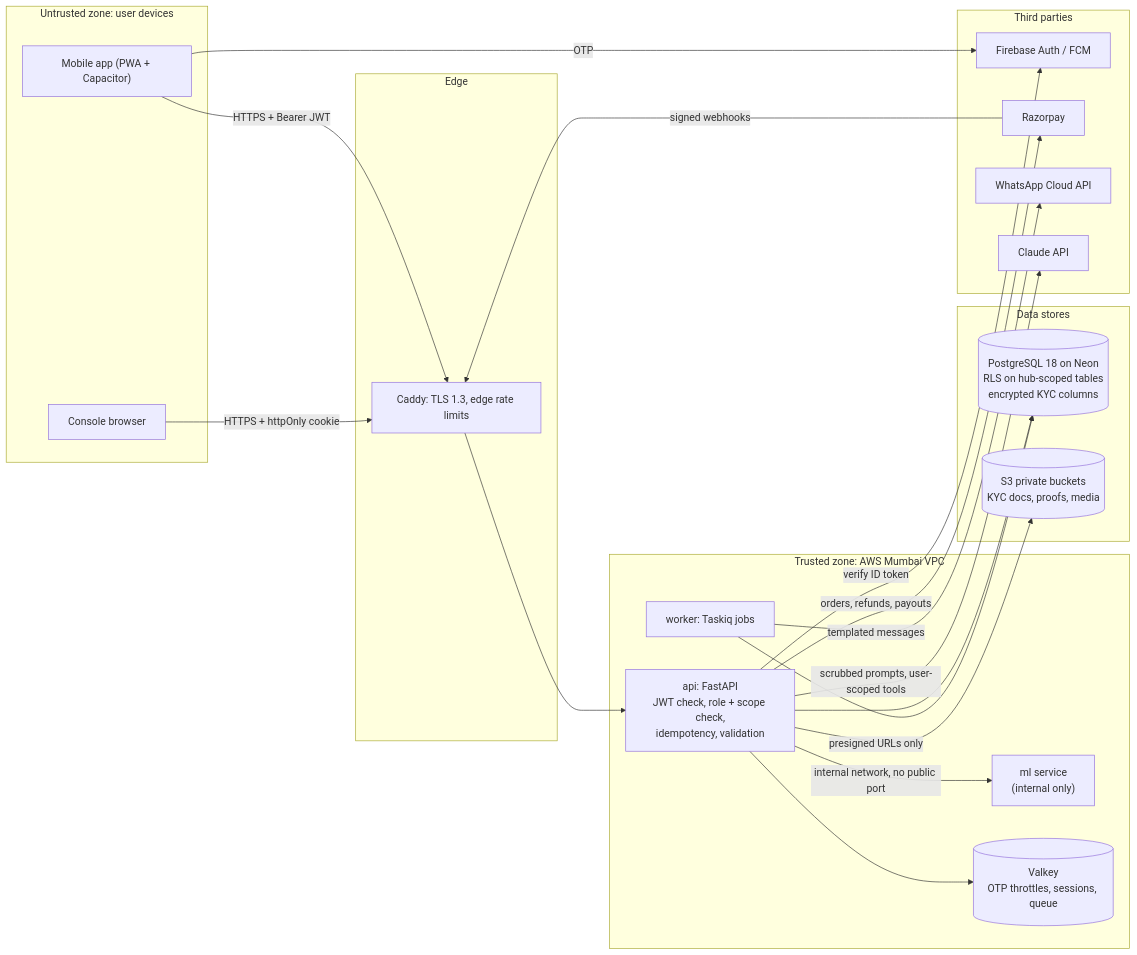
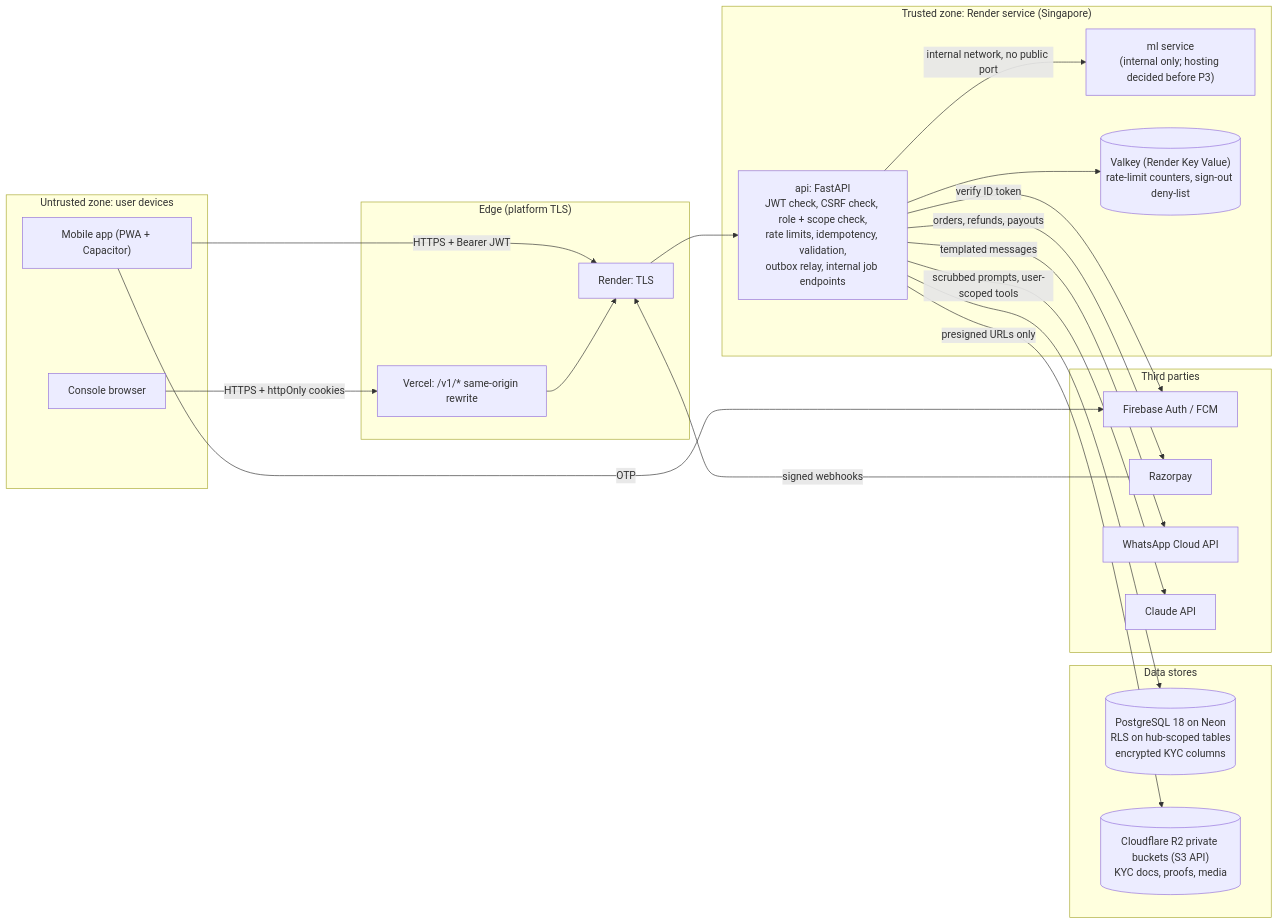
Before and after one commit to prelekar7/GharBasket: the diagram in docs/handbook/13-security-and-compliance.md, drawn with Mermaid. The commit also changed other lines of this file and 58 other files, not shown here.

````diff
--- a/docs/handbook/13-security-and-compliance.md
+++ b/docs/handbook/13-security-and-compliance.md
@@ -22,45 +22,45 @@
 ```mermaid
 flowchart LR
     subgraph Devices["Untrusted zone: user devices"]
         MOB["Mobile app (PWA + Capacitor)"]
         WEB["Console browser"]
     end
 
-    subgraph Edge["Edge"]
-        CADDY["Caddy: TLS 1.3, edge rate limits"]
+    subgraph Edge["Edge (platform TLS)"]
+        VER["Vercel: /v1/* same-origin rewrite"]
+        RTLS["Render: TLS"]
     end
 
-    subgraph Trusted["Trusted zone: AWS Mumbai VPC"]
-        API["api: FastAPI\nJWT check, role + scope check,\nidempotency, validation"]
-        WRK["worker: Taskiq jobs"]
-        ML["ml service\n(internal only)"]
-        VK[("Valkey\nOTP throttles, sessions, queue")]
+    subgraph Trusted["Trusted zone: Render service (Singapore)"]
+        API["api: FastAPI\nJWT check, CSRF check, role + scope check,\nrate limits, idempotency, validation,\noutbox relay, internal job endpoints"]
+        ML["ml service\n(internal only; hosting decided before P3)"]
+        VK[("Valkey (Render Key Value)\nrate-limit counters, sign-out deny-list")]
     end
 
     subgraph Data["Data stores"]
         PG[("PostgreSQL 18 on Neon\nRLS on hub-scoped tables\nencrypted KYC columns")]
-        S3[("S3 private buckets\nKYC docs, proofs, media")]
+        S3[("Cloudflare R2 private buckets (S3 API)\nKYC docs, proofs, media")]
     end
 
     subgraph External["Third parties"]
         FB["Firebase Auth / FCM"]
         RZP["Razorpay"]
         WA["WhatsApp Cloud API"]
         LLM["Claude API"]
     end
 
-    MOB -- "HTTPS + Bearer JWT" --> CADDY
-    WEB -- "HTTPS + httpOnly cookie" --> CADDY
-    CADDY --> API
+    MOB -- "HTTPS + Bearer JWT" --> RTLS
+    WEB -- "HTTPS + httpOnly cookies" --> VER
+    VER --> RTLS
+    RTLS --> API
     API --> PG
     API --> VK
     API -- "presigned URLs only" --> S3
     API -- "internal network, no public port" --> ML
-    WRK --> PG
     MOB -- "OTP" --> FB
     API -- "verify ID token" --> FB
-    RZP -- "signed webhooks" --> CADDY
+    RZP -- "signed webhooks" --> RTLS
     API -- "orders, refunds, payouts" --> RZP
-    WRK -- "templated messages" --> WA
+    API -- "templated messages" --> WA
     API -- "scrubbed prompts, user-scoped tools" --> LLM
 ```
````
